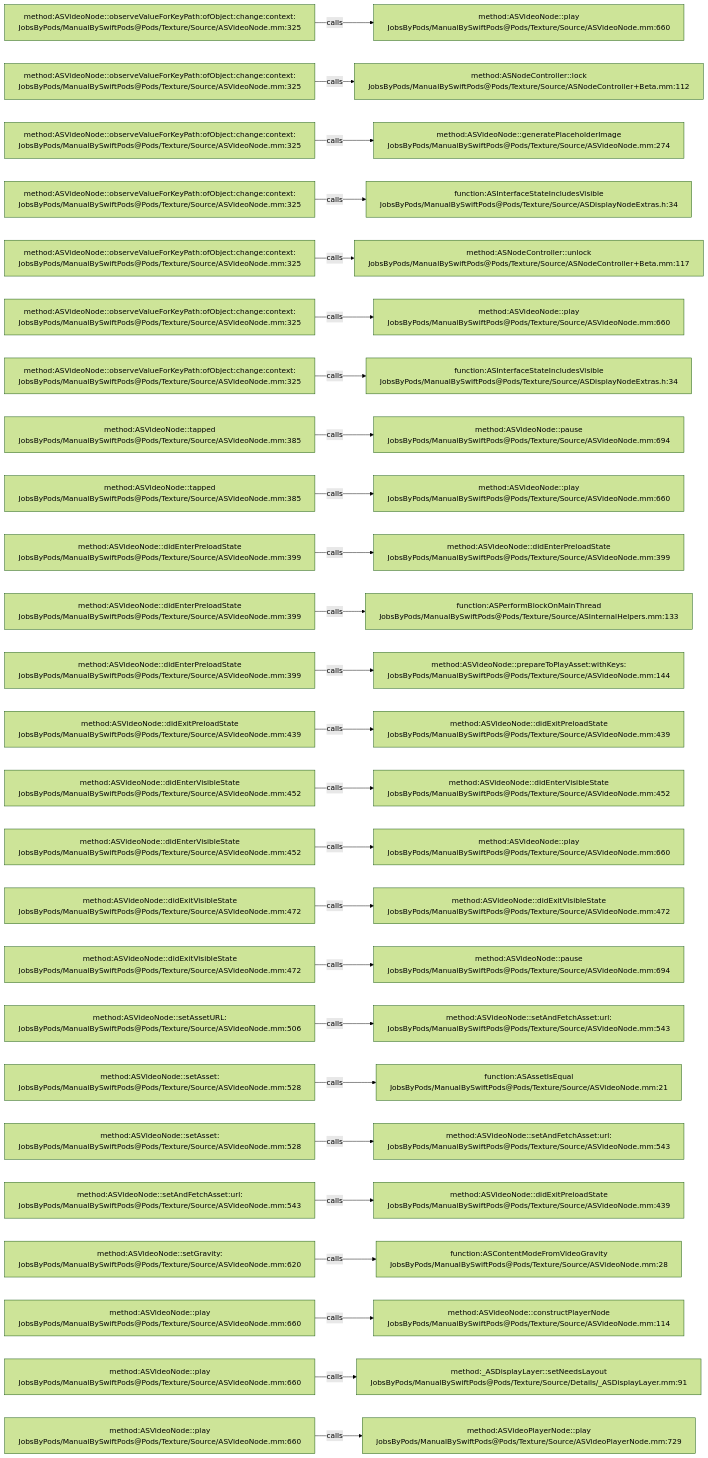
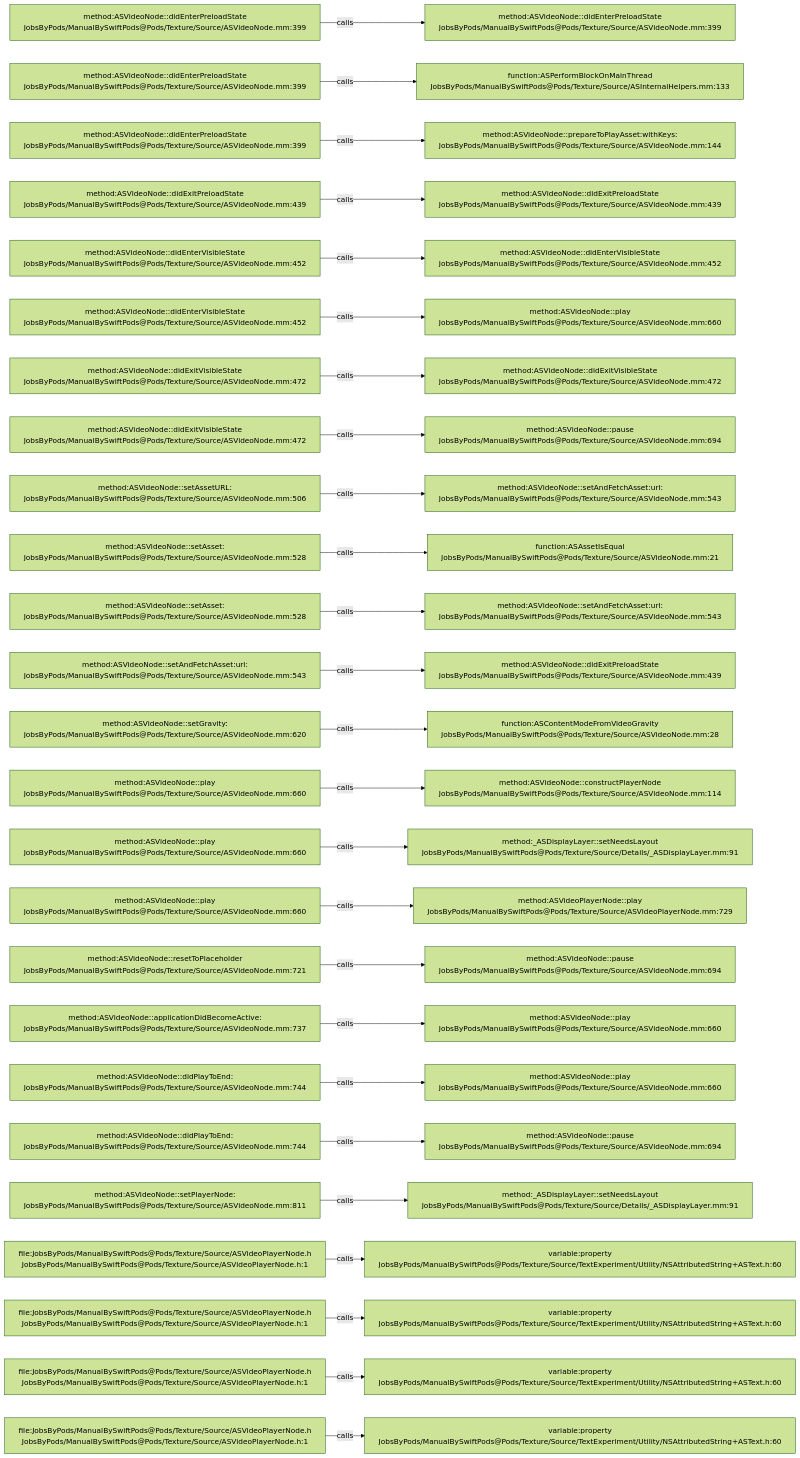
Before and after one commit to JobsKits/JobsSwiftBaseConfigDemo: the diagram in .codegraph/codegraph.md/graphs/calls-075.md, drawn with Mermaid (forest theme). The commit also changed 707 other files, not shown here.

````diff
--- a/.codegraph/codegraph.md/graphs/calls-075.md
+++ b/.codegraph/codegraph.md/graphs/calls-075.md
@@ -13,78 +13,78 @@
 ```mermaid
 flowchart LR
-  S1["method:ASVideoNode::observeValueForKeyPath:ofObject:change:context:<br/>JobsByPods/ManualBySwiftPods@Pods/Texture/Source/ASVideoNode.mm:325"]
-  T1["method:ASVideoNode::play<br/>JobsByPods/ManualBySwiftPods@Pods/Texture/Source/ASVideoNode.mm:660"]
+  S1["method:ASVideoNode::didEnterPreloadState<br/>JobsByPods/ManualBySwiftPods@Pods/Texture/Source/ASVideoNode.mm:399"]
+  T1["method:ASVideoNode::didEnterPreloadState<br/>JobsByPods/ManualBySwiftPods@Pods/Texture/Source/ASVideoNode.mm:399"]
   S1 -->|calls| T1
-  S2["method:ASVideoNode::observeValueForKeyPath:ofObject:change:context:<br/>JobsByPods/ManualBySwiftPods@Pods/Texture/Source/ASVideoNode.mm:325"]
-  T2["method:ASNodeController::lock<br/>JobsByPods/ManualBySwiftPods@Pods/Texture/Source/ASNodeController+Beta.mm:112"]
+  S2["method:ASVideoNode::didEnterPreloadState<br/>JobsByPods/ManualBySwiftPods@Pods/Texture/Source/ASVideoNode.mm:399"]
+  T2["function:ASPerformBlockOnMainThread<br/>JobsByPods/ManualBySwiftPods@Pods/Texture/Source/ASInternalHelpers.mm:133"]
   S2 -->|calls| T2
-  S3["method:ASVideoNode::observeValueForKeyPath:ofObject:change:context:<br/>JobsByPods/ManualBySwiftPods@Pods/Texture/Source/ASVideoNode.mm:325"]
-  T3["method:ASVideoNode::generatePlaceholderImage<br/>JobsByPods/ManualBySwiftPods@Pods/Texture/Source/ASVideoNode.mm:274"]
+  S3["method:ASVideoNode::didEnterPreloadState<br/>JobsByPods/ManualBySwiftPods@Pods/Texture/Source/ASVideoNode.mm:399"]
+  T3["method:ASVideoNode::prepareToPlayAsset:withKeys:<br/>JobsByPods/ManualBySwiftPods@Pods/Texture/Source/ASVideoNode.mm:144"]
   S3 -->|calls| T3
-  S4["method:ASVideoNode::observeValueForKeyPath:ofObject:change:context:<br/>JobsByPods/ManualBySwiftPods@Pods/Texture/Source/ASVideoNode.mm:325"]
-  T4["function:ASInterfaceStateIncludesVisible<br/>JobsByPods/ManualBySwiftPods@Pods/Texture/Source/ASDisplayNodeExtras.h:34"]
+  S4["method:ASVideoNode::didExitPreloadState<br/>JobsByPods/ManualBySwiftPods@Pods/Texture/Source/ASVideoNode.mm:439"]
+  T4["method:ASVideoNode::didExitPreloadState<br/>JobsByPods/ManualBySwiftPods@Pods/Texture/Source/ASVideoNode.mm:439"]
   S4 -->|calls| T4
-  S5["method:ASVideoNode::observeValueForKeyPath:ofObject:change:context:<br/>JobsByPods/ManualBySwiftPods@Pods/Texture/Source/ASVideoNode.mm:325"]
-  T5["method:ASNodeController::unlock<br/>JobsByPods/ManualBySwiftPods@Pods/Texture/Source/ASNodeController+Beta.mm:117"]
+  S5["method:ASVideoNode::didEnterVisibleState<br/>JobsByPods/ManualBySwiftPods@Pods/Texture/Source/ASVideoNode.mm:452"]
+  T5["method:ASVideoNode::didEnterVisibleState<br/>JobsByPods/ManualBySwiftPods@Pods/Texture/Source/ASVideoNode.mm:452"]
   S5 -->|calls| T5
-  S6["method:ASVideoNode::observeValueForKeyPath:ofObject:change:context:<br/>JobsByPods/ManualBySwiftPods@Pods/Texture/Source/ASVideoNode.mm:325"]
+  S6["method:ASVideoNode::didEnterVisibleState<br/>JobsByPods/ManualBySwiftPods@Pods/Texture/Source/ASVideoNode.mm:452"]
   T6["method:ASVideoNode::play<br/>JobsByPods/ManualBySwiftPods@Pods/Texture/Source/ASVideoNode.mm:660"]
   S6 -->|calls| T6
-  S7["method:ASVideoNode::observeValueForKeyPath:ofObject:change:context:<br/>JobsByPods/ManualBySwiftPods@Pods/Texture/Source/ASVideoNode.mm:325"]
-  T7["function:ASInterfaceStateIncludesVisible<br/>JobsByPods/ManualBySwiftPods@Pods/Texture/Source/ASDisplayNodeExtras.h:34"]
+  S7["method:ASVideoNode::didExitVisibleState<br/>JobsByPods/ManualBySwiftPods@Pods/Texture/Source/ASVideoNode.mm:472"]
+  T7["method:ASVideoNode::didExitVisibleState<br/>JobsByPods/ManualBySwiftPods@Pods/Texture/Source/ASVideoNode.mm:472"]
   S7 -->|calls| T7
-  S8["method:ASVideoNode::tapped<br/>JobsByPods/ManualBySwiftPods@Pods/Texture/Source/ASVideoNode.mm:385"]
+  S8["method:ASVideoNode::didExitVisibleState<br/>JobsByPods/ManualBySwiftPods@Pods/Texture/Source/ASVideoNode.mm:472"]
   T8["method:ASVideoNode::pause<br/>JobsByPods/ManualBySwiftPods@Pods/Texture/Source/ASVideoNode.mm:694"]
   S8 -->|calls| T8
-  S9["method:ASVideoNode::tapped<br/>JobsByPods/ManualBySwiftPods@Pods/Texture/Source/ASVideoNode.mm:385"]
-  T9["method:ASVideoNode::play<br/>JobsByPods/ManualBySwiftPods@Pods/Texture/Source/ASVideoNode.mm:660"]
+  S9["method:ASVideoNode::setAssetURL:<br/>JobsByPods/ManualBySwiftPods@Pods/Texture/Source/ASVideoNode.mm:506"]
+  T9["method:ASVideoNode::setAndFetchAsset:url:<br/>JobsByPods/ManualBySwiftPods@Pods/Texture/Source/ASVideoNode.mm:543"]
   S9 -->|calls| T9
-  S10["method:ASVideoNode::didEnterPreloadState<br/>JobsByPods/ManualBySwiftPods@Pods/Texture/Source/ASVideoNode.mm:399"]
-  T10["method:ASVideoNode::didEnterPreloadState<br/>JobsByPods/ManualBySwiftPods@Pods/Texture/Source/ASVideoNode.mm:399"]
+  S10["method:ASVideoNode::setAsset:<br/>JobsByPods/ManualBySwiftPods@Pods/Texture/Source/ASVideoNode.mm:528"]
+  T10["function:ASAssetIsEqual<br/>JobsByPods/ManualBySwiftPods@Pods/Texture/Source/ASVideoNode.mm:21"]
   S10 -->|calls| T10
-  S11["method:ASVideoNode::didEnterPreloadState<br/>JobsByPods/ManualBySwiftPods@Pods/Texture/Source/ASVideoNode.mm:399"]
-  T11["function:ASPerformBlockOnMainThread<br/>JobsByPods/ManualBySwiftPods@Pods/Texture/Source/ASInternalHelpers.mm:133"]
+  S11["method:ASVideoNode::setAsset:<br/>JobsByPods/ManualBySwiftPods@Pods/Texture/Source/ASVideoNode.mm:528"]
+  T11["method:ASVideoNode::setAndFetchAsset:url:<br/>JobsByPods/ManualBySwiftPods@Pods/Texture/Source/ASVideoNode.mm:543"]
   S11 -->|calls| T11
-  S12["method:ASVideoNode::didEnterPreloadState<br/>JobsByPods/ManualBySwiftPods@Pods/Texture/Source/ASVideoNode.mm:399"]
-  T12["method:ASVideoNode::prepareToPlayAsset:withKeys:<br/>JobsByPods/ManualBySwiftPods@Pods/Texture/Source/ASVideoNode.mm:144"]
+  S12["method:ASVideoNode::setAndFetchAsset:url:<br/>JobsByPods/ManualBySwiftPods@Pods/Texture/Source/ASVideoNode.mm:543"]
+  T12["method:ASVideoNode::didExitPreloadState<br/>JobsByPods/ManualBySwiftPods@Pods/Texture/Source/ASVideoNode.mm:439"]
   S12 -->|calls| T12
-  S13["method:ASVideoNode::didExitPreloadState<br/>JobsByPods/ManualBySwiftPods@Pods/Texture/Source/ASVideoNode.mm:439"]
-  T13["method:ASVideoNode::didExitPreloadState<br/>JobsByPods/ManualBySwiftPods@Pods/Texture/Source/ASVideoNode.mm:439"]
+  S13["method:ASVideoNode::setGravity:<br/>JobsByPods/ManualBySwiftPods@Pods/Texture/Source/ASVideoNode.mm:620"]
+  T13["function:ASContentModeFromVideoGravity<br/>JobsByPods/ManualBySwiftPods@Pods/Texture/Source/ASVideoNode.mm:28"]
   S13 -->|calls| T13
-  S14["method:ASVideoNode::didEnterVisibleState<br/>JobsByPods/ManualBySwiftPods@Pods/Texture/Source/ASVideoNode.mm:452"]
-  T14["method:ASVideoNode::didEnterVisibleState<br/>JobsByPods/ManualBySwiftPods@Pods/Texture/Source/ASVideoNode.mm:452"]
+  S14["method:ASVideoNode::play<br/>JobsByPods/ManualBySwiftPods@Pods/Texture/Source/ASVideoNode.mm:660"]
+  T14["method:ASVideoNode::constructPlayerNode<br/>JobsByPods/ManualBySwiftPods@Pods/Texture/Source/ASVideoNode.mm:114"]
   S14 -->|calls| T14
-  S15["method:ASVideoNode::didEnterVisibleState<br/>JobsByPods/ManualBySwiftPods@Pods/Texture/Source/ASVideoNode.mm:452"]
-  T15["method:ASVideoNode::play<br/>JobsByPods/ManualBySwiftPods@Pods/Texture/Source/ASVideoNode.mm:660"]
+  S15["method:ASVideoNode::play<br/>JobsByPods/ManualBySwiftPods@Pods/Texture/Source/ASVideoNode.mm:660"]
+  T15["method:_ASDisplayLayer::setNeedsLayout<br/>JobsByPods/ManualBySwiftPods@Pods/Texture/Source/Details/_ASDisplayLayer.mm:91"]
   S15 -->|calls| T15
-  S16["method:ASVideoNode::didExitVisibleState<br/>JobsByPods/ManualBySwiftPods@Pods/Texture/Source/ASVideoNode.mm:472"]
-  T16["method:ASVideoNode::didExitVisibleState<br/>JobsByPods/ManualBySwiftPods@Pods/Texture/Source/ASVideoNode.mm:472"]
+  S16["method:ASVideoNode::play<br/>JobsByPods/ManualBySwiftPods@Pods/Texture/Source/ASVideoNode.mm:660"]
+  T16["method:ASVideoPlayerNode::play<br/>JobsByPods/ManualBySwiftPods@Pods/Texture/Source/ASVideoPlayerNode.mm:729"]
   S16 -->|calls| T16
-  S17["method:ASVideoNode::didExitVisibleState<br/>JobsByPods/ManualBySwiftPods@Pods/Texture/Source/ASVideoNode.mm:472"]
+  S17["method:ASVideoNode::resetToPlaceholder<br/>JobsByPods/ManualBySwiftPods@Pods/Texture/Source/ASVideoNode.mm:721"]
   T17["method:ASVideoNode::pause<br/>JobsByPods/ManualBySwiftPods@Pods/Texture/Source/ASVideoNode.mm:694"]
   S17 -->|calls| T17
-  S18["method:ASVideoNode::setAssetURL:<br/>JobsByPods/ManualBySwiftPods@Pods/Texture/Source/ASVideoNode.mm:506"]
-  T18["method:ASVideoNode::setAndFetchAsset:url:<br/>JobsByPods/ManualBySwiftPods@Pods/Texture/Source/ASVideoNode.mm:543"]
+  S18["method:ASVideoNode::applicationDidBecomeActive:<br/>JobsByPods/ManualBySwiftPods@Pods/Texture/Source/ASVideoNode.mm:737"]
+  T18["method:ASVideoNode::play<br/>JobsByPods/ManualBySwiftPods@Pods/Texture/Source/ASVideoNode.mm:660"]
   S18 -->|calls| T18
-  S19["method:ASVideoNode::setAsset:<br/>JobsByPods/ManualBySwiftPods@Pods/Texture/Source/ASVideoNode.mm:528"]
-  T19["function:ASAssetIsEqual<br/>JobsByPods/ManualBySwiftPods@Pods/Texture/Source/ASVideoNode.mm:21"]
+  S19["method:ASVideoNode::didPlayToEnd:<br/>JobsByPods/ManualBySwiftPods@Pods/Texture/Source/ASVideoNode.mm:744"]
+  T19["method:ASVideoNode::play<br/>JobsByPods/ManualBySwiftPods@Pods/Texture/Source/ASVideoNode.mm:660"]
   S19 -->|calls| T19
-  S20["method:ASVideoNode::setAsset:<br/>JobsByPods/ManualBySwiftPods@Pods/Texture/Source/ASVideoNode.mm:528"]
-  T20["method:ASVideoNode::setAndFetchAsset:url:<br/>JobsByPods/ManualBySwiftPods@Pods/Texture/Source/ASVideoNode.mm:543"]
+  S20["method:ASVideoNode::didPlayToEnd:<br/>JobsByPods/ManualBySwiftPods@Pods/Texture/Source/ASVideoNode.mm:744"]
+  T20["method:ASVideoNode::pause<br/>JobsByPods/ManualBySwiftPods@Pods/Texture/Source/ASVideoNode.mm:694"]
   S20 -->|calls| T20
-  S21["method:ASVideoNode::setAndFetchAsset:url:<br/>JobsByPods/ManualBySwiftPods@Pods/Texture/Source/ASVideoNode.mm:543"]
-  T21["method:ASVideoNode::didExitPreloadState<br/>JobsByPods/ManualBySwiftPods@Pods/Texture/Source/ASVideoNode.mm:439"]
+  S21["method:ASVideoNode::setPlayerNode:<br/>JobsByPods/ManualBySwiftPods@Pods/Texture/Source/ASVideoNode.mm:811"]
+  T21["method:_ASDisplayLayer::setNeedsLayout<br/>JobsByPods/ManualBySwiftPods@Pods/Texture/Source/Details/_ASDisplayLayer.mm:91"]
   S21 -->|calls| T21
-  S22["method:ASVideoNode::setGravity:<br/>JobsByPods/ManualBySwiftPods@Pods/Texture/Source/ASVideoNode.mm:620"]
-  T22["function:ASContentModeFromVideoGravity<br/>JobsByPods/ManualBySwiftPods@Pods/Texture/Source/ASVideoNode.mm:28"]
+  S22["file:JobsByPods/ManualBySwiftPods@Pods/Texture/Source/ASVideoPlayerNode.h<br/>JobsByPods/ManualBySwiftPods@Pods/Texture/Source/ASVideoPlayerNode.h:1"]
+  T22["variable:property<br/>JobsByPods/ManualBySwiftPods@Pods/Texture/Source/TextExperiment/Utility/NSAttributedString+ASText.h:60"]
   S22 -->|calls| T22
-  S23["method:ASVideoNode::play<br/>JobsByPods/ManualBySwiftPods@Pods/Texture/Source/ASVideoNode.mm:660"]
-  T23["method:ASVideoNode::constructPlayerNode<br/>JobsByPods/ManualBySwiftPods@Pods/Texture/Source/ASVideoNode.mm:114"]
+  S23["file:JobsByPods/ManualBySwiftPods@Pods/Texture/Source/ASVideoPlayerNode.h<br/>JobsByPods/ManualBySwiftPods@Pods/Texture/Source/ASVideoPlayerNode.h:1"]
+  T23["variable:property<br/>JobsByPods/ManualBySwiftPods@Pods/Texture/Source/TextExperiment/Utility/NSAttributedString+ASText.h:60"]
   S23 -->|calls| T23
-  S24["method:ASVideoNode::play<br/>JobsByPods/ManualBySwiftPods@Pods/Texture/Source/ASVideoNode.mm:660"]
-  T24["method:_ASDisplayLayer::setNeedsLayout<br/>JobsByPods/ManualBySwiftPods@Pods/Texture/Source/Details/_ASDisplayLayer.mm:91"]
+  S24["file:JobsByPods/ManualBySwiftPods@Pods/Texture/Source/ASVideoPlayerNode.h<br/>JobsByPods/ManualBySwiftPods@Pods/Texture/Source/ASVideoPlayerNode.h:1"]
+  T24["variable:property<br/>JobsByPods/ManualBySwiftPods@Pods/Texture/Source/TextExperiment/Utility/NSAttributedString+ASText.h:60"]
   S24 -->|calls| T24
-  S25["method:ASVideoNode::play<br/>JobsByPods/ManualBySwiftPods@Pods/Texture/Source/ASVideoNode.mm:660"]
-  T25["method:ASVideoPlayerNode::play<br/>JobsByPods/ManualBySwiftPods@Pods/Texture/Source/ASVideoPlayerNode.mm:729"]
+  S25["file:JobsByPods/ManualBySwiftPods@Pods/Texture/Source/ASVideoPlayerNode.h<br/>JobsByPods/ManualBySwiftPods@Pods/Texture/Source/ASVideoPlayerNode.h:1"]
+  T25["variable:property<br/>JobsByPods/ManualBySwiftPods@Pods/Texture/Source/TextExperiment/Utility/NSAttributedString+ASText.h:60"]
   S25 -->|calls| T25
 ```
````
